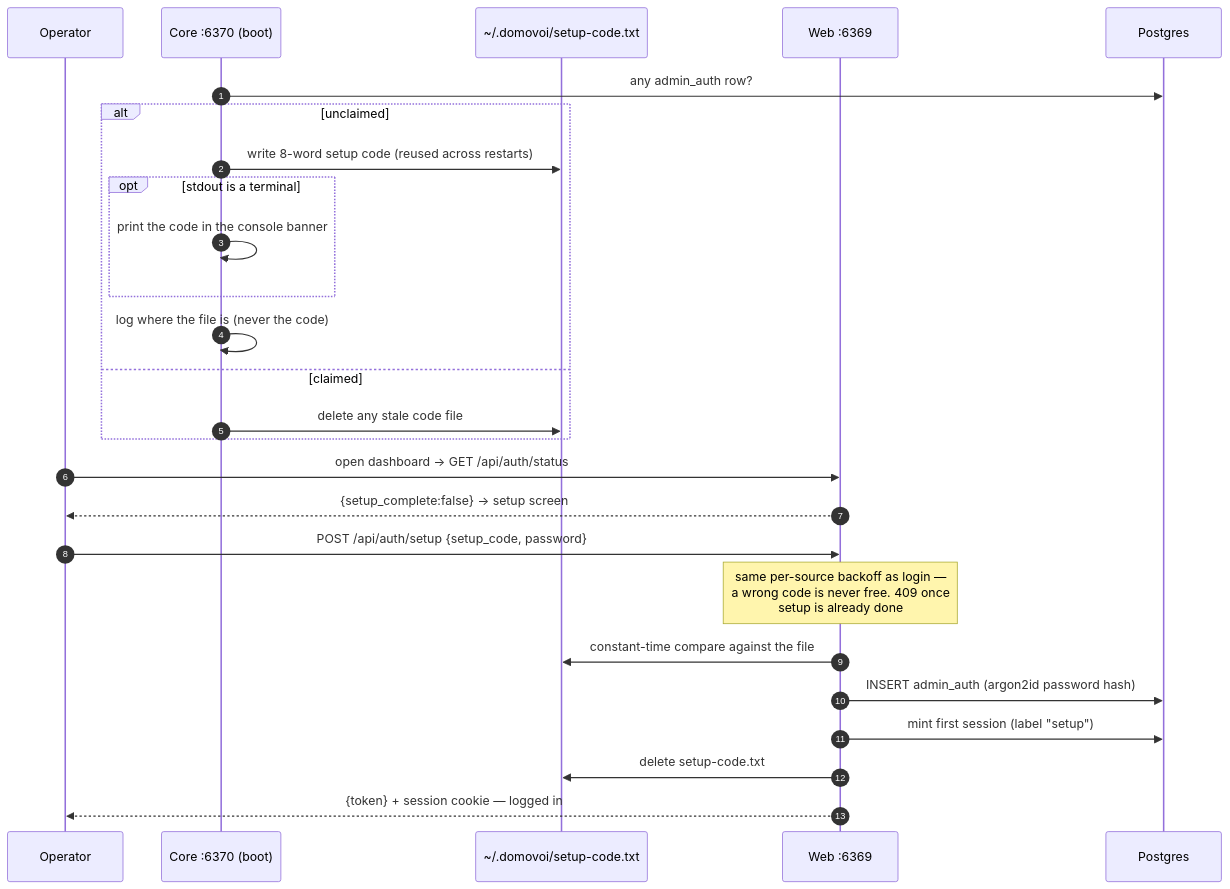
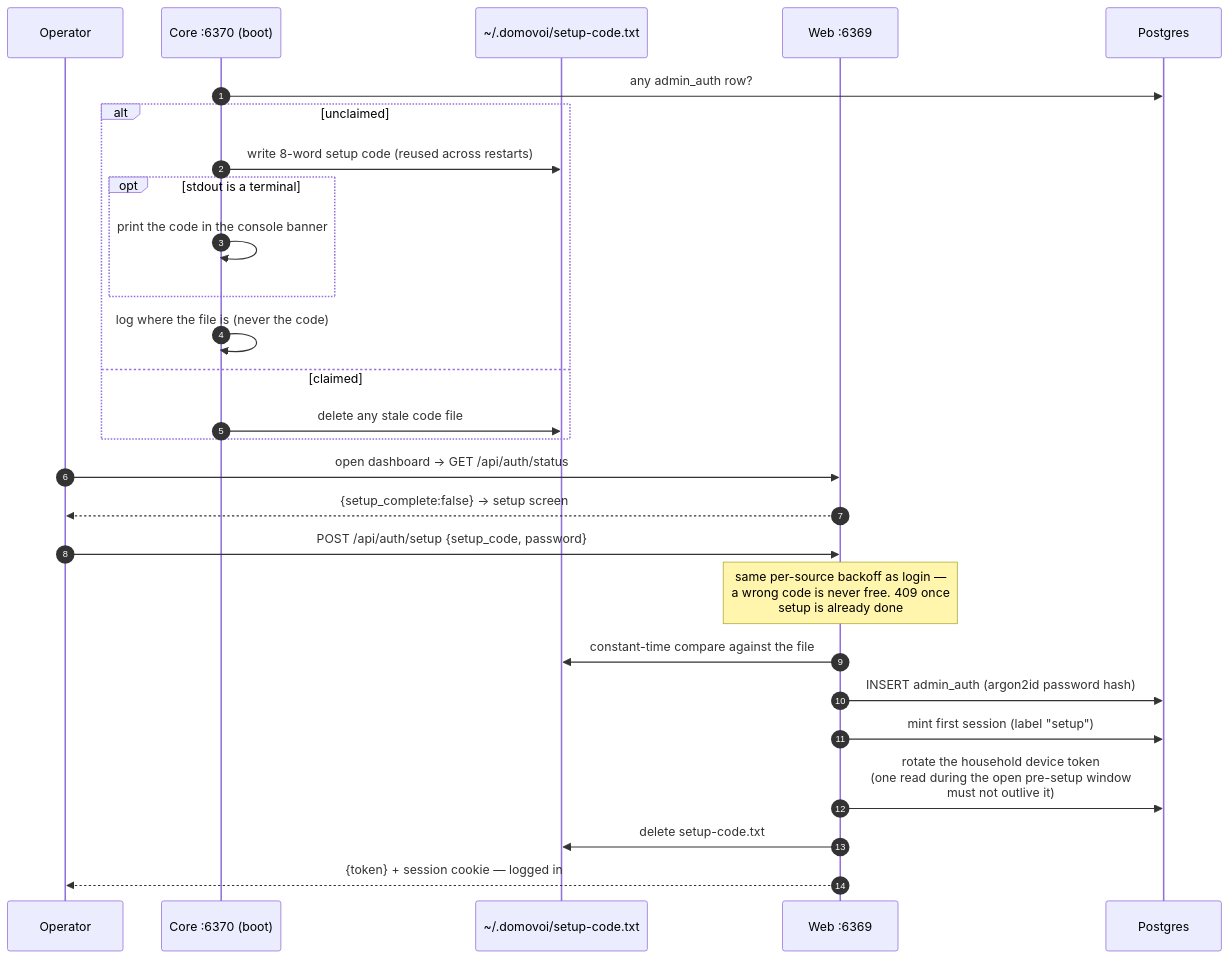
Before and after one commit to coders-farm-official/domovoi: the first of 3 diagrams in docs/uml/auth.md, drawn with Mermaid. The commit also changed other lines of this file and 9 other files, not shown here.

Commit message:
Docs: apply the architecture, diagram, Home Assistant, API prose and container guard edits, with the chat drafts, letters and voice documents sections [skip ci]

````diff
--- a/docs/uml/auth.md
+++ b/docs/uml/auth.md
@@ -14,30 +16,31 @@
 ```mermaid
 sequenceDiagram
     autonumber
     participant Op as Operator
     participant C as Core :6370 (boot)
     participant FS as ~/.domovoi/setup-code.txt
     participant W as Web :6369
     participant PG as Postgres
 
     C->>PG: any admin_auth row?
     alt unclaimed
         C->>FS: write 8-word setup code (reused across restarts)
         opt stdout is a terminal
             C->>C: print the code in the console banner
         end
         C->>C: log where the file is (never the code)
     else claimed
         C->>FS: delete any stale code file
     end
 
     Op->>W: open dashboard → GET /api/auth/status
     W-->>Op: {setup_complete:false} → setup screen
     Op->>W: POST /api/auth/setup {setup_code, password}
     Note over W: same per-source backoff as login —<br/>a wrong code is never free. 409 once<br/>setup is already done
     W->>FS: constant-time compare against the file
     W->>PG: INSERT admin_auth (argon2id password hash)
     W->>PG: mint first session (label "setup")
+    W->>PG: rotate the household device token<br/>(one read during the open pre-setup window<br/>must not outlive it)
     W->>FS: delete setup-code.txt
     W-->>Op: {token} + session cookie — logged in
 ```
````
